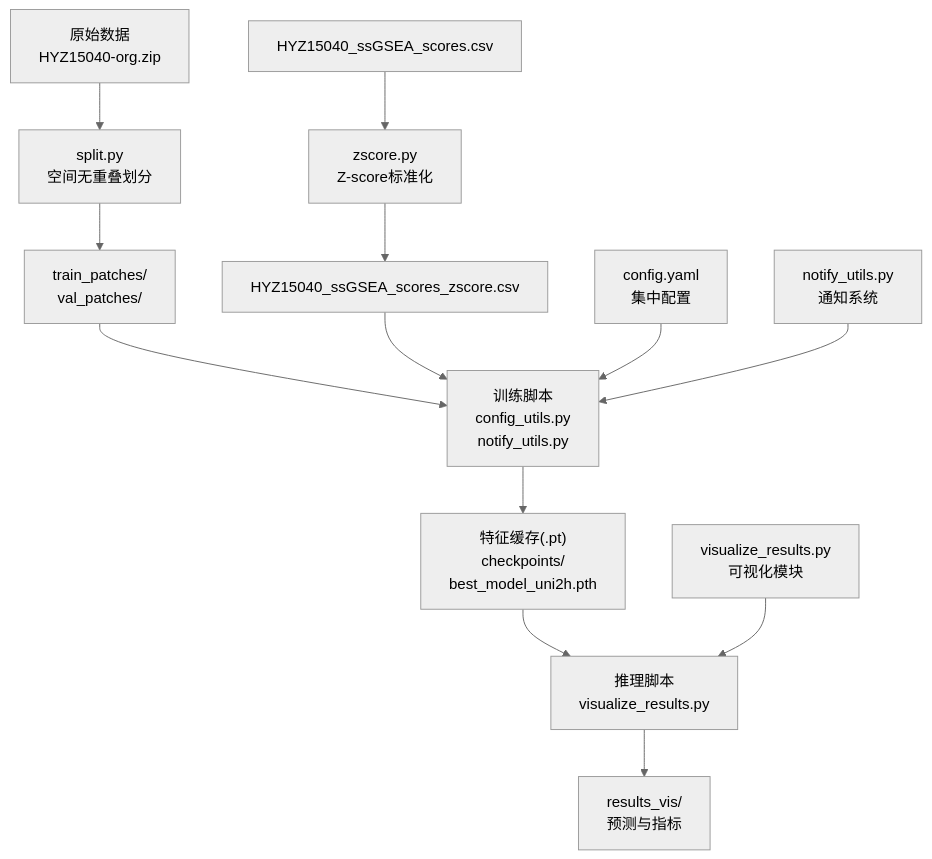
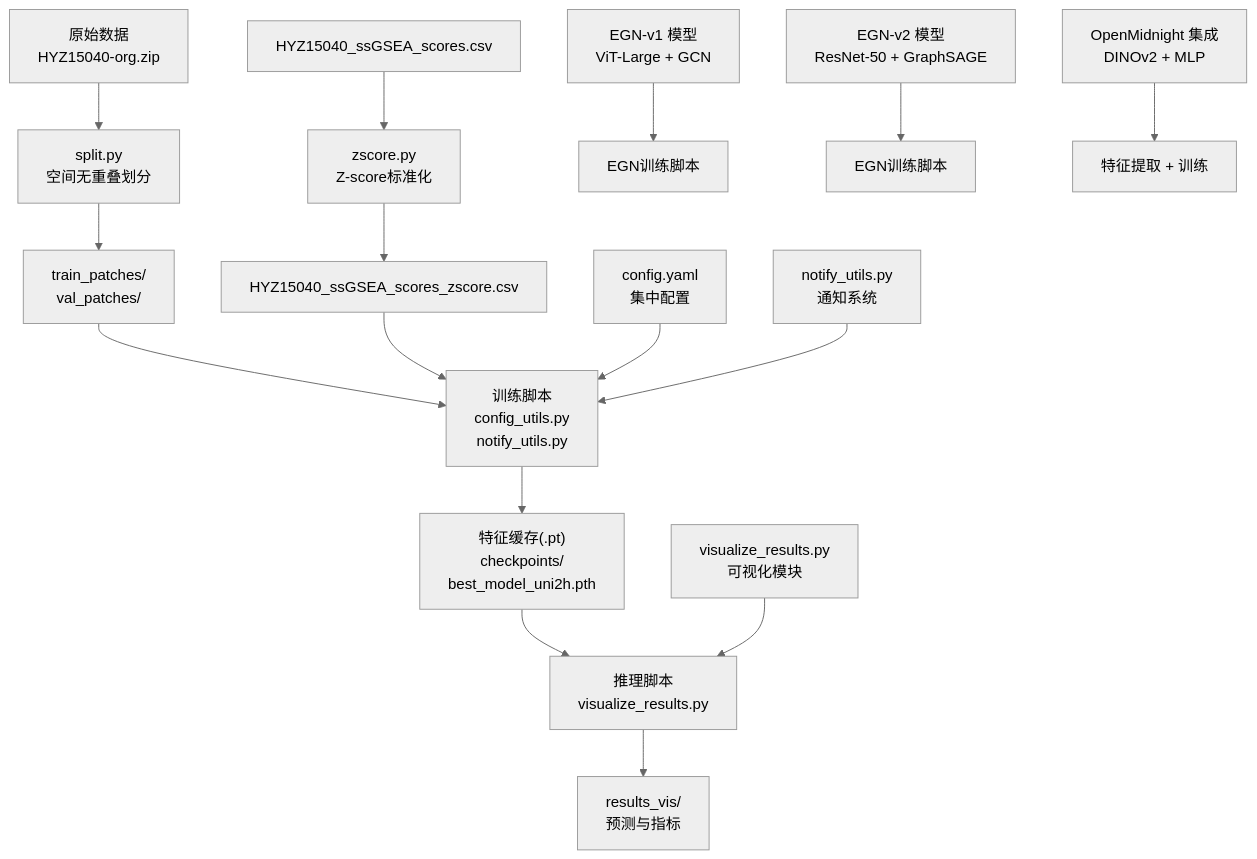
One commit to qzs610038-star/AI-esophagus-cancer-basedon-HF-HT changed the first of 11 diagrams in .qoder/repowiki/zh/content/部署与配置/部署与配置.md. Above: the diagram before and after it, drawn with Mermaid (neutral theme). The commit also changed other lines of this file and 146 other files, not shown here.

````diff
--- a/.qoder/repowiki/zh/content/部署与配置/部署与配置.md
+++ b/.qoder/repowiki/zh/content/部署与配置/部署与配置.md
@@ -62,15 +77,18 @@
 ```mermaid
 graph TB
 A["原始数据<br/>HYZ15040-org.zip"] --> B["split.py<br/>空间无重叠划分"]
 C["HYZ15040_ssGSEA_scores.csv"] --> D["zscore.py<br/>Z-score标准化"]
 B --> E["train_patches/<br/>val_patches/"]
 D --> F["HYZ15040_ssGSEA_scores_zscore.csv"]
 E --> G["训练脚本<br/>config_utils.py<br/>notify_utils.py"]
 F --> G
 G --> H["特征缓存(.pt)<br/>checkpoints/<br/>best_model_uni2h.pth"]
 H --> I["推理脚本<br/>visualize_results.py"]
 I --> J["results_vis/<br/>预测与指标"]
 K["config.yaml<br/>集中配置"] --> G
 L["notify_utils.py<br/>通知系统"] --> G
 M["visualize_results.py<br/>可视化模块"] --> I
+N["EGN-v1 模型<br/>ViT-Large + GCN"] --> O["EGN训练脚本"]
+P["EGN-v2 模型<br/>ResNet-50 + GraphSAGE"] --> Q["EGN训练脚本"]
+R["OpenMidnight 集成<br/>DINOv2 + MLP"] --> S["特征提取 + 训练"]
 ```
````
